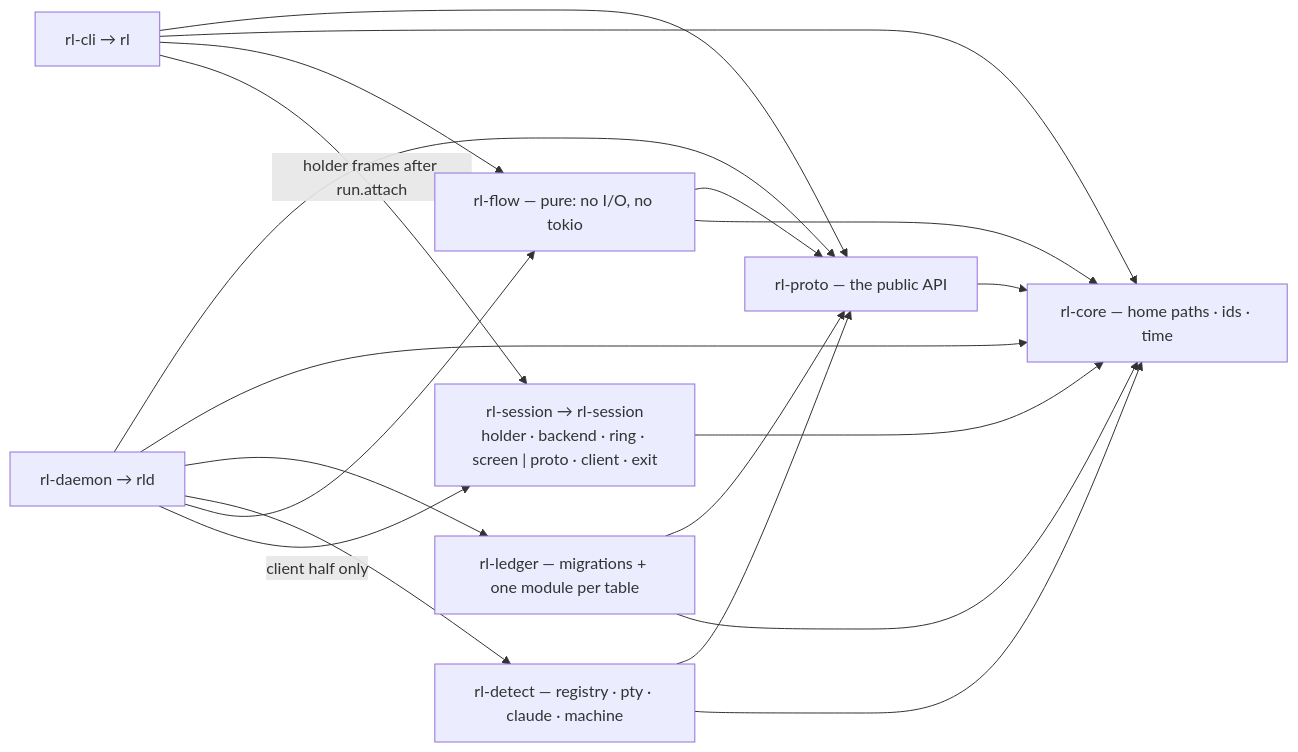
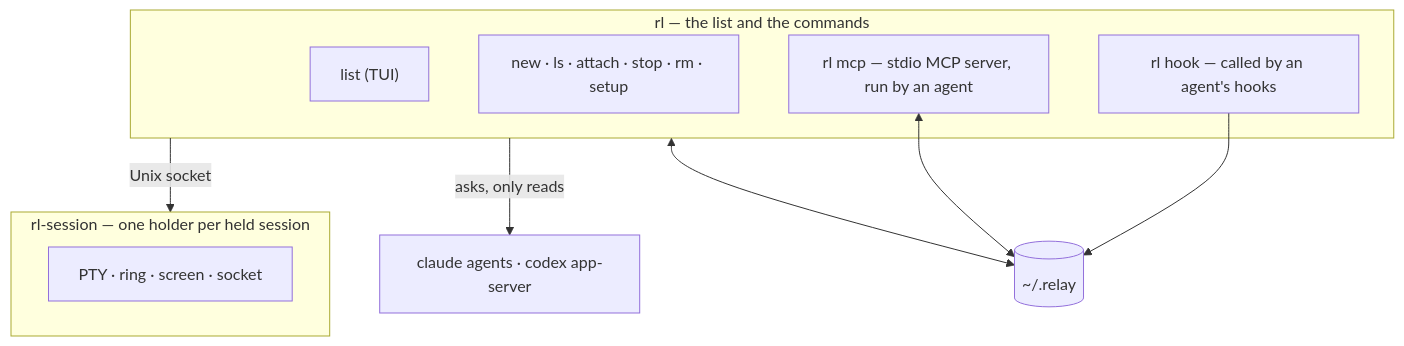
Before and after one commit to instilled/relay: the diagram in docs/ARCHITECTURE.md, drawn with Mermaid. The commit also changed other lines of this file and 399 other files, not shown here.

Commit message:
The slim relay: claude agents for every harness, no daemon (steps 2–6) (#200)

````diff
--- a/docs/ARCHITECTURE.md
+++ b/docs/ARCHITECTURE.md
@@ -71,21 +15,19 @@
 ```mermaid
-flowchart LR
-    rl["rl-cli → rl"]
-    rld["rl-daemon → rld"]
-    sess["rl-session → rl-session<br/>holder · backend · ring · screen | proto · client · exit"]
-    proto["rl-proto — the public API"]
-    core["rl-core — home paths · ids · time"]
-    ledger["rl-ledger — migrations + one module per table"]
-    det["rl-detect — registry · pty · claude · machine"]
-    flow["rl-flow — pure: no I/O, no tokio"]
-
-    rl --> proto & core & flow
-    rl -->|"holder frames after run.attach"| sess
-    rld --> proto & core & ledger & det & flow
-    rld -->|"client half only"| sess
-    ledger --> proto & core
-    det --> proto & core
-    flow --> proto & core
-    sess --> core
-    proto --> core
+flowchart TB
+    subgraph rl["rl — the list and the commands"]
+        tui["list (TUI)"]
+        cmds["new · ls · attach · stop · rm · setup"]
+        hook["rl hook — called by an agent's hooks"]
+        mcp["rl mcp — stdio MCP server, run by an agent"]
+    end
+    subgraph holder["rl-session — one holder per held session"]
+        h["PTY · ring · screen · socket"]
+    end
+    files[("~/.relay")]
+    native["claude agents · codex app-server"]
+    rl -- "Unix socket" --> holder
+    rl <--> files
+    hook --> files
+    mcp <--> files
+    rl -- "asks, only reads" --> native
 ```
````
